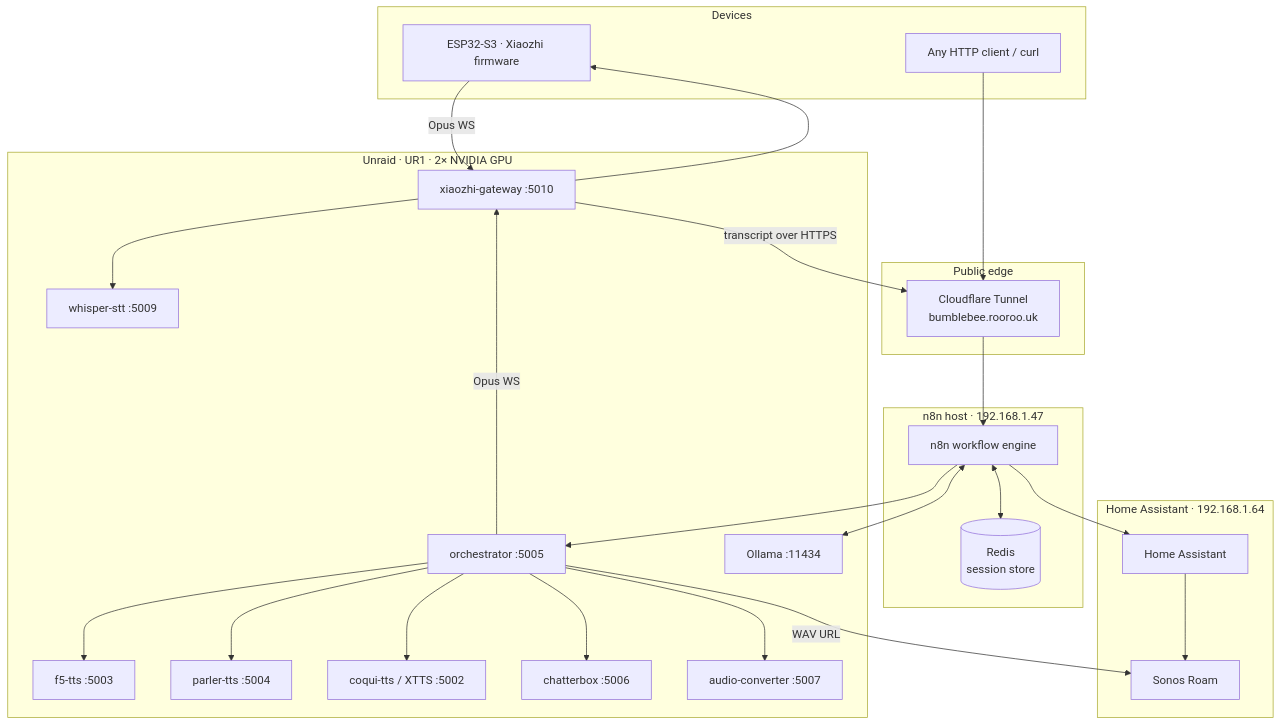
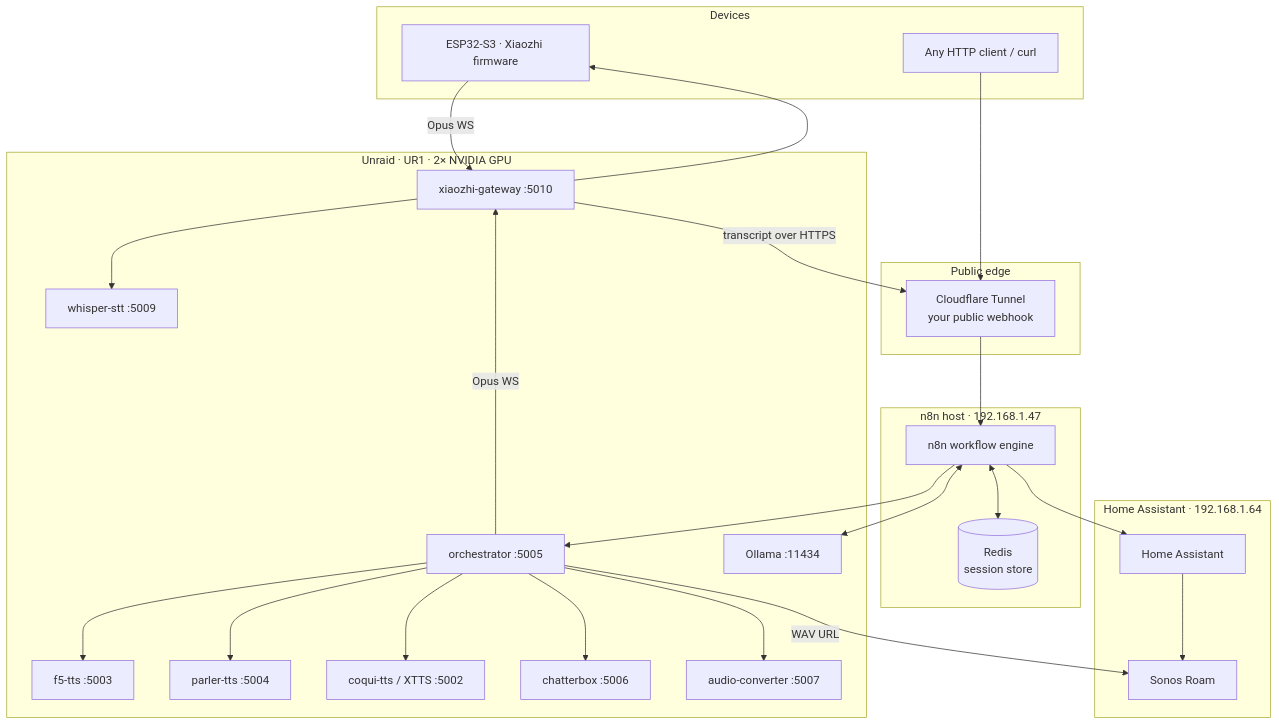
The first of 3 diagrams in docs/Architecture-and-Workflow.md (rhamblen/bumblebee-bot), drawn with Mermaid before and after one commit. The commit also changed other lines of this file and 3 other files, not shown here.

First line of the commit message:
docs: anonymise public webhook domain

````diff
--- a/docs/Architecture-and-Workflow.md
+++ b/docs/Architecture-and-Workflow.md
@@ -9,45 +9,45 @@
 ```mermaid
 flowchart TB
     subgraph Devices
       ESP[ESP32-S3 · Xiaozhi firmware]
       CURL[Any HTTP client / curl]
     end
 
     subgraph Edge[Public edge]
-      CF[Cloudflare Tunnel<br/>bumblebee.rooroo.uk]
+      CF[Cloudflare Tunnel<br/>your public webhook]
     end
 
     subgraph N8NHOST[n8n host · 192.168.1.47]
       N8N[n8n workflow engine]
       REDIS[(Redis<br/>session store)]
     end
 
     subgraph UR1[Unraid · UR1 · 2× NVIDIA GPU]
       GW[xiaozhi-gateway :5010]
       WHISP[whisper-stt :5009]
       ORC[orchestrator :5005]
       F5[f5-tts :5003]
       PAR[parler-tts :5004]
       XT[coqui-tts / XTTS :5002]
       CB[chatterbox :5006]
       CONV[audio-converter :5007]
       OLL[Ollama :11434]
     end
 
     subgraph HAHOST[Home Assistant · 192.168.1.64]
       HA[Home Assistant] --> SONOS[Sonos Roam]
     end
 
     ESP -->|Opus WS| GW --> WHISP
     GW -->|transcript over HTTPS| CF
     CURL --> CF
     CF --> N8N
     N8N <--> REDIS
     N8N <--> OLL
     N8N --> ORC
     ORC --> F5 & PAR & XT & CB
     ORC --> CONV
     N8N --> HA
     ORC -->|WAV URL| SONOS
     ORC -->|Opus WS| GW --> ESP
 ```
````
